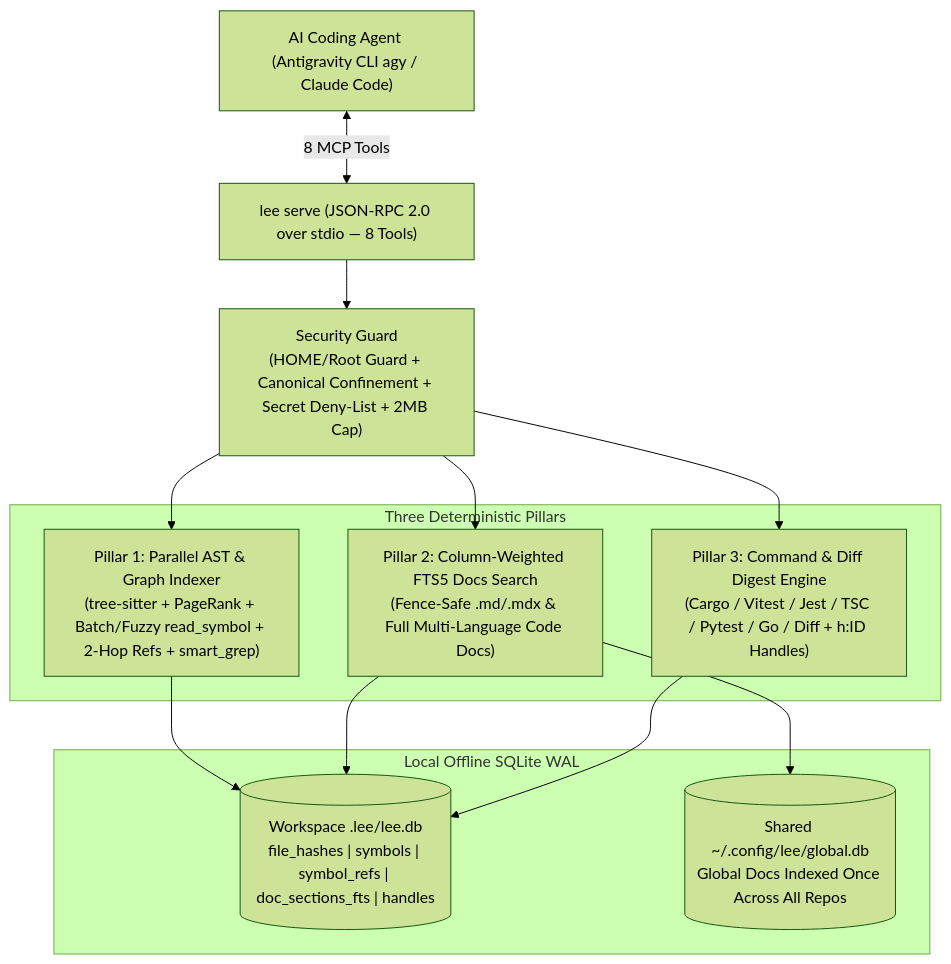
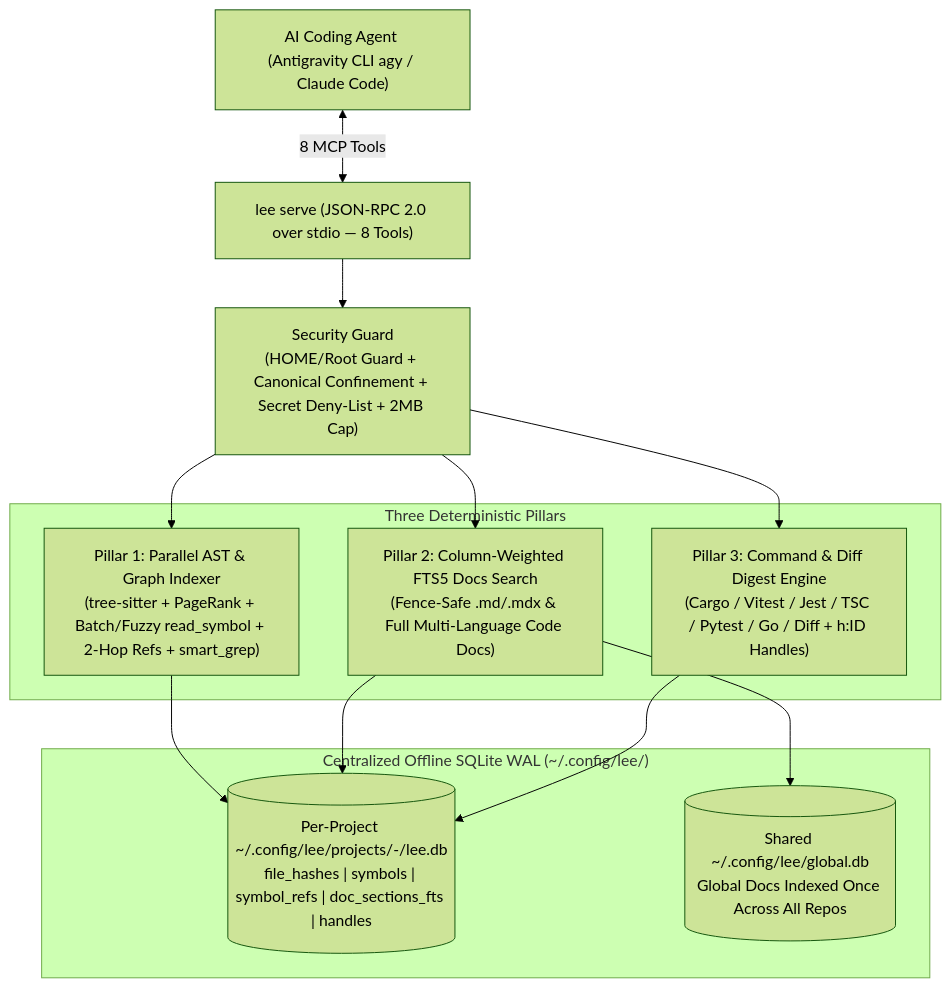
Before and after one commit to 1kaye/lee: the diagram in README.md, drawn with Mermaid (forest theme). The commit also changed other lines of this file and 23 other files, not shown here.

````diff
--- a/README.md
+++ b/README.md
@@ -22,28 +22,28 @@
 ```mermaid
 flowchart TD
     Agent["AI Coding Agent (Antigravity CLI agy / Claude Code)"]
     MCP["lee serve (JSON-RPC 2.0 over stdio — 8 Tools)"]
     Sec["Security Guard\n(HOME/Root Guard + Canonical Confinement + Secret Deny-List + 2MB Cap)"]
 
     subgraph Pillars["Three Deterministic Pillars"]
         Indexer["Pillar 1: Parallel AST & Graph Indexer\n(tree-sitter + PageRank + Batch/Fuzzy read_symbol + 2-Hop Refs + smart_grep)"]
         DocSearch["Pillar 2: Column-Weighted FTS5 Docs Search\n(Fence-Safe .md/.mdx & Full Multi-Language Code Docs)"]
         Digest["Pillar 3: Command & Diff Digest Engine\n(Cargo / Vitest / Jest / TSC / Pytest / Go / Diff + h:ID Handles)"]
     end
 
-    subgraph Storage["Local Offline SQLite WAL"]
-        LocalDB[("Workspace .lee/lee.db\nfile_hashes | symbols | symbol_refs | doc_sections_fts | handles")]
+    subgraph Storage["Centralized Offline SQLite WAL (~/.config/lee/)"]
+        LocalDB[("Per-Project ~/.config/lee/projects/<name>-<hash>/lee.db\nfile_hashes | symbols | symbol_refs | doc_sections_fts | handles")]
         GlobalDB[("Shared ~/.config/lee/global.db\nGlobal Docs Indexed Once Across All Repos")]
     end
 
     Agent <-->|"8 MCP Tools"| MCP
     MCP --> Sec
     Sec --> Indexer
     Sec --> DocSearch
     Sec --> Digest
 
     Indexer --> LocalDB
     DocSearch --> LocalDB
     DocSearch --> GlobalDB
     Digest --> LocalDB
 ```
````
